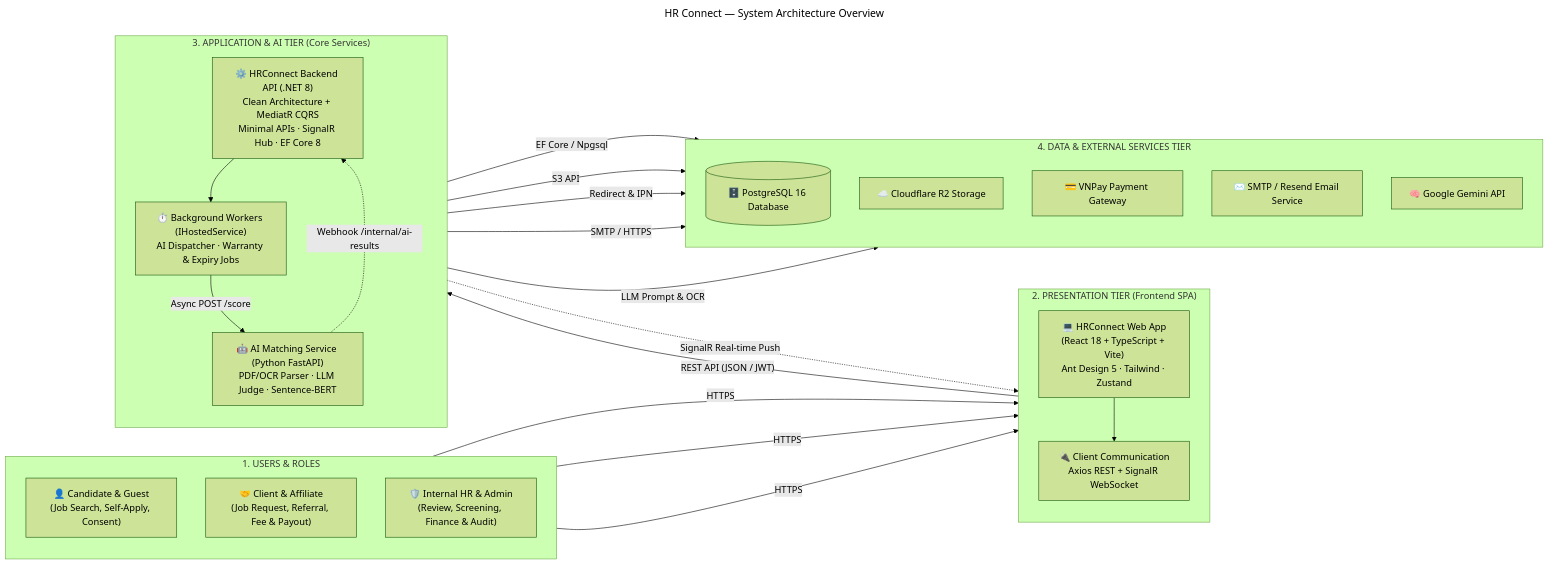
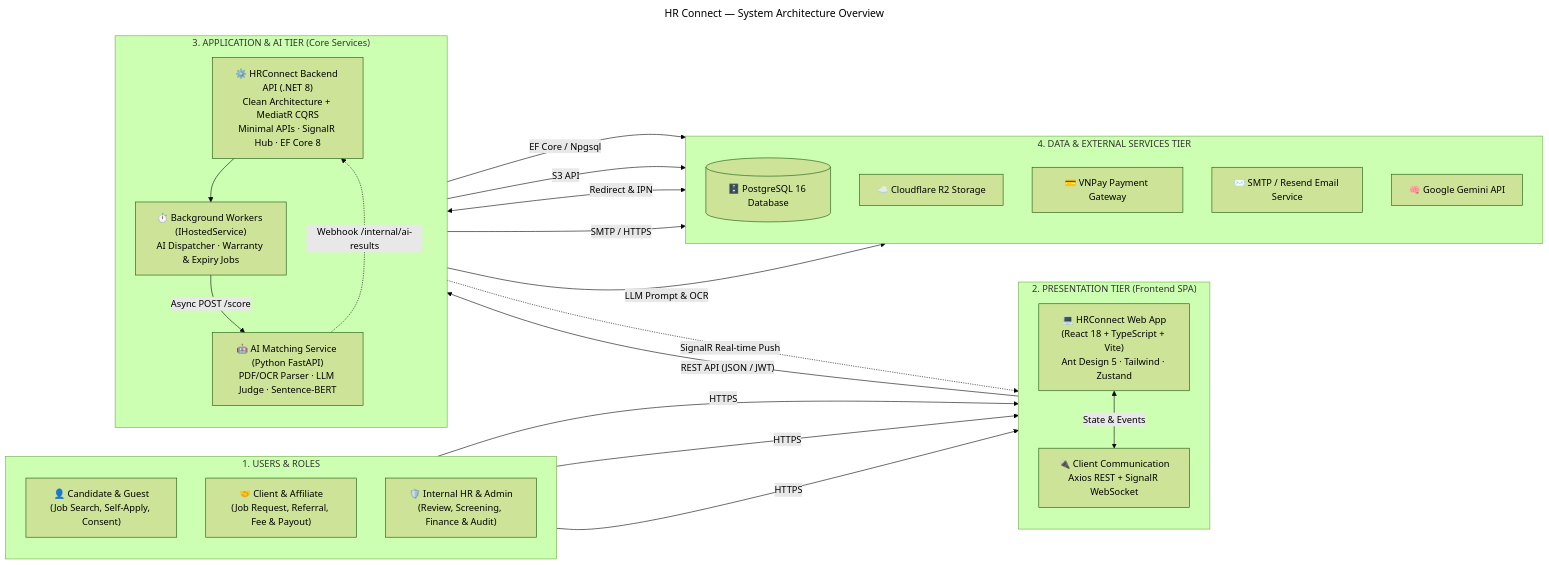
Before and after one commit to hoangqui794/hr-connect: the diagram in docs/diagrams/architecture/source/arch-hr-connect-overview.mmd, drawn with Mermaid (forest theme). The commit also changed 1 other file, not shown here.

Commit message:
docs(arch): make State & Events and Redirect & IPN arrows bidirectional

```diff
--- a/docs/diagrams/architecture/source/arch-hr-connect-overview.mmd
+++ b/docs/diagrams/architecture/source/arch-hr-connect-overview.mmd
@@ -1,45 +1,45 @@
 ---
 title: HR Connect — System Architecture Overview
 ---
 flowchart LR
   subgraph ACTORS["1. USERS & ROLES"]
     direction TB
     A_EXT["👤 Candidate & Guest<br/>(Job Search, Self-Apply, Consent)"]
     A_PART["🤝 Client & Affiliate<br/>(Job Request, Referral, Fee & Payout)"]
     A_INT["🛡️ Internal HR & Admin<br/>(Review, Screening, Finance & Audit)"]
   end
 
   subgraph CLIENT["2. PRESENTATION TIER (Frontend SPA)"]
     direction TB
     FE_SPA["💻 HRConnect Web App<br/>(React 18 + TypeScript + Vite)<br/>Ant Design 5 · Tailwind · Zustand"]
     FE_COMM["🔌 Client Communication<br/>Axios REST + SignalR WebSocket"]
-    FE_SPA --> FE_COMM
+    FE_SPA <-->|"State & Events"| FE_COMM
   end
 
   subgraph BACKEND["3. APPLICATION & AI TIER (Core Services)"]
     direction TB
     BE_API["⚙️ HRConnect Backend API (.NET 8)<br/>Clean Architecture + MediatR CQRS<br/>Minimal APIs · SignalR Hub · EF Core 8"]
     BE_WK["⏱️ Background Workers (IHostedService)<br/>AI Dispatcher · Warranty & Expiry Jobs"]
     AI_SVC["🤖 AI Matching Service (Python FastAPI)<br/>PDF/OCR Parser · LLM Judge · Sentence-BERT"]
     BE_API --> BE_WK
     BE_WK -->|"Async POST /score"| AI_SVC
     AI_SVC -.->|"Webhook /internal/ai-results"| BE_API
   end
 
   subgraph DATA["4. DATA & EXTERNAL SERVICES TIER"]
     direction TB
     DB[("🗄️ PostgreSQL 16 Database")]
     R2["☁️ Cloudflare R2 Storage"]
     VNPAY["💳 VNPay Payment Gateway"]
     AUTH["✉️ SMTP / Resend Email Service"]
     LLM["🧠 Google Gemini API"]
   end
 
   A_EXT & A_PART & A_INT -->|"HTTPS"| FE_SPA
   FE_COMM -->|"REST API (JSON / JWT)"| BE_API
   BE_API -.->|"SignalR Real-time Push"| FE_COMM
   BE_API -->|"EF Core / Npgsql"| DB
   BE_API -->|"S3 API"| R2
-  BE_API -->|"Redirect & IPN"| VNPAY
+  BE_API <-->|"Redirect & IPN"| VNPAY
   BE_API -->|"SMTP / HTTPS"| AUTH
   AI_SVC -->|"LLM Prompt & OCR"| LLM
```
